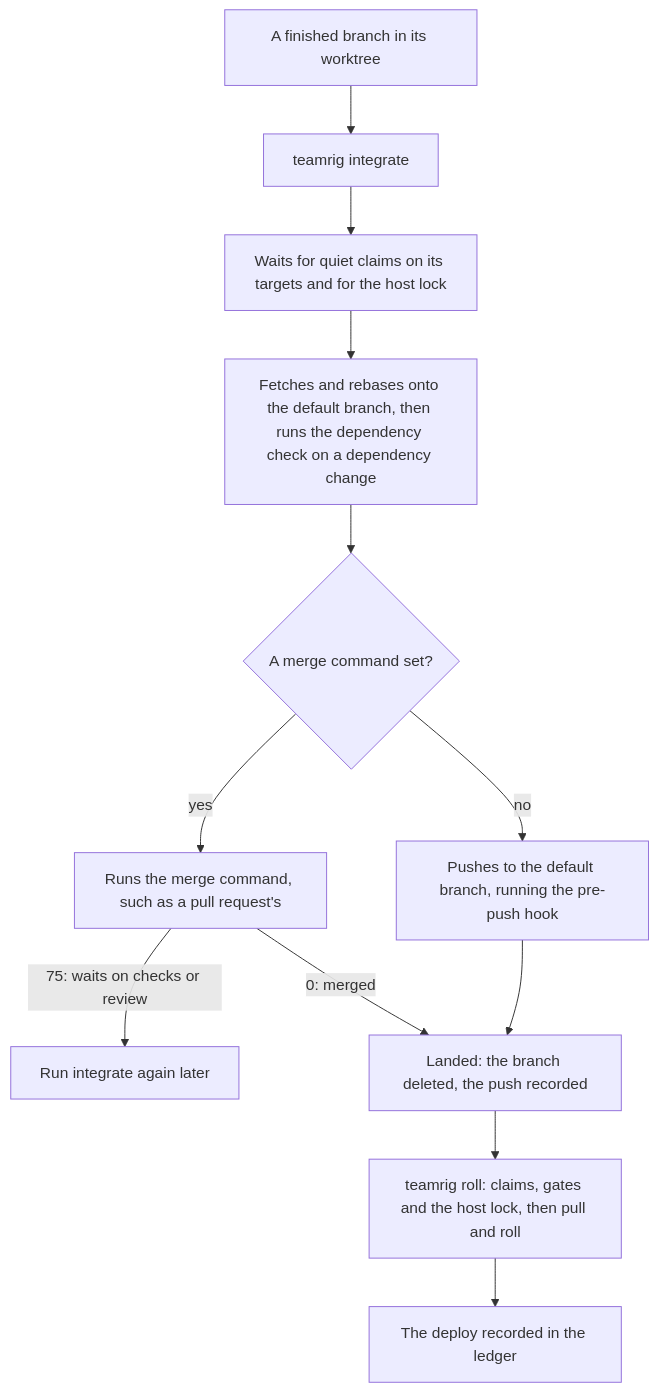
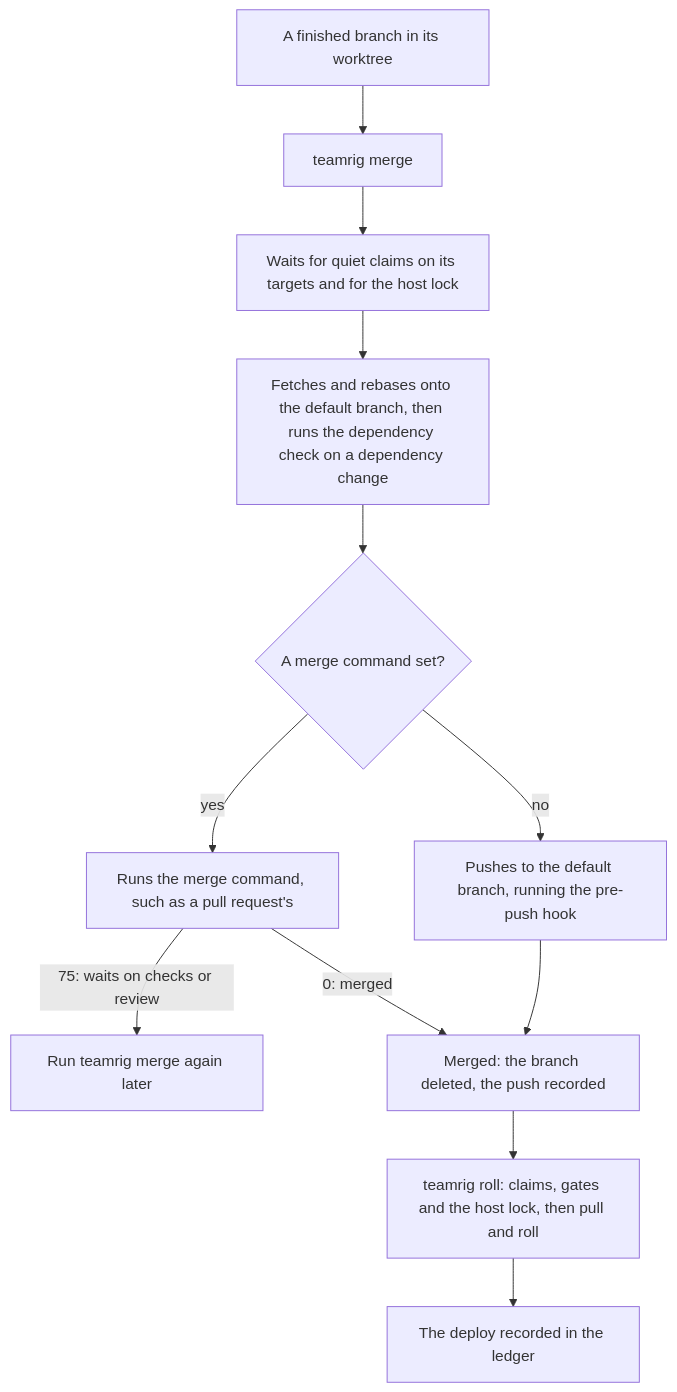
Before and after one commit to GeneralA6/teamrig: the diagram in docs/guides/ship-from-many-sessions.md, drawn with Mermaid. The commit also changed other lines of this file and 51 other files, not shown here.

````diff
--- a/docs/guides/ship-from-many-sessions.md
+++ b/docs/guides/ship-from-many-sessions.md
@@ -69,14 +69,14 @@
 ```mermaid
 flowchart TD
-  branch["A finished branch in its worktree"] --> integrate["teamrig integrate"]
-  integrate --> waitlock["Waits for quiet claims on its targets and for the host lock"]
+  branch["A finished branch in its worktree"] --> mergecmd["teamrig merge"]
+  mergecmd --> waitlock["Waits for quiet claims on its targets and for the host lock"]
   waitlock --> rebase["Fetches and rebases onto the default branch, then runs the dependency check on a dependency change"]
   rebase --> how{"A merge command set?"}
   how -- no --> push["Pushes to the default branch, running the pre-push hook"]
   how -- yes --> merge["Runs the merge command, such as a pull request's"]
-  merge -- "75: waits on checks or review" --> later["Run integrate again later"]
-  merge -- "0: merged" --> landed["Landed: the branch deleted, the push recorded"]
-  push --> landed
-  landed --> roll["teamrig roll: claims, gates and the host lock, then pull and roll"]
+  merge -- "75: waits on checks or review" --> later["Run teamrig merge again later"]
+  merge -- "0: merged" --> merged["Merged: the branch deleted, the push recorded"]
+  push --> merged
+  merged --> roll["teamrig roll: claims, gates and the host lock, then pull and roll"]
   roll --> recorded["The deploy recorded in the ledger"]
 ```
````
